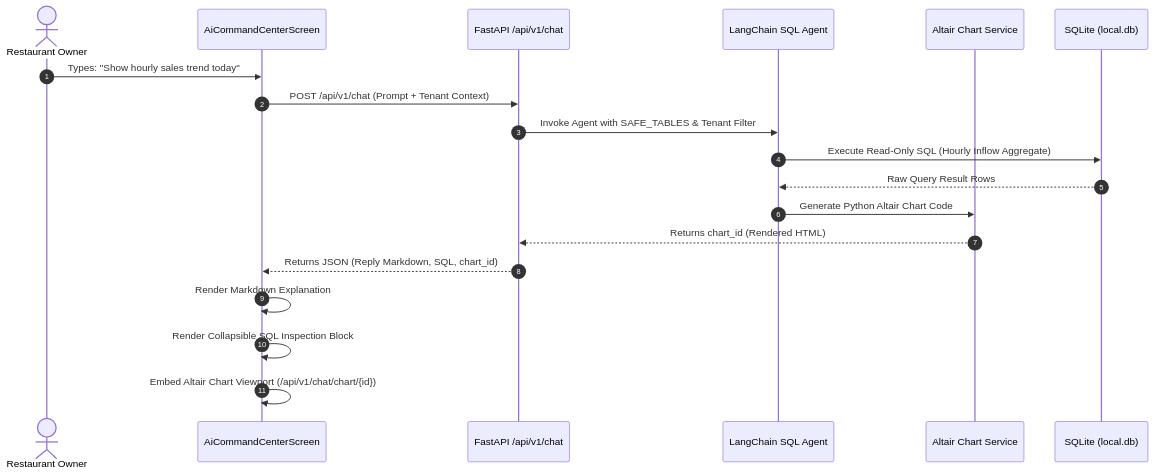
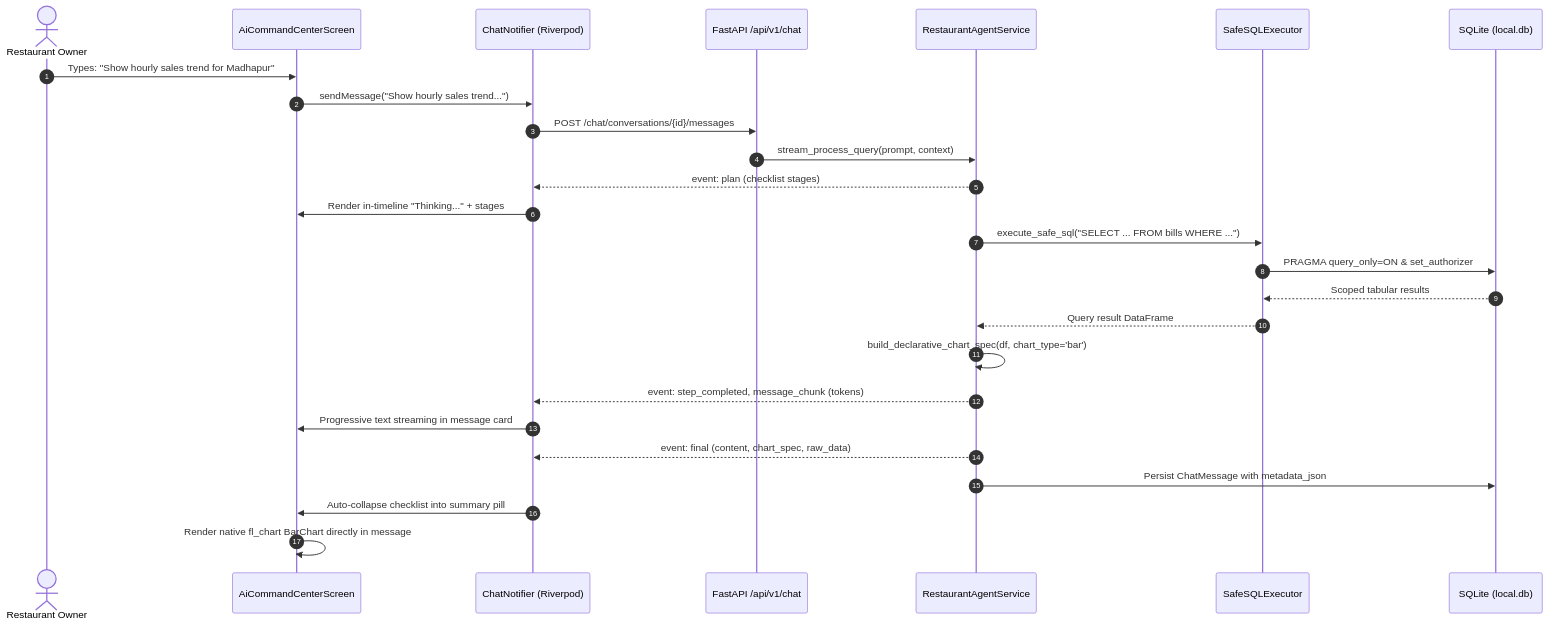
One commit to bottesaketh-dev/restaurant-revenue-tracker-flutter changed diagram 17 of 42 in IOR_360_COMPLETE_DOCUMENTATION.md. Above: the diagram before and after it, drawn with Mermaid. The commit also changed other lines of this file and 34 other files, not shown here.

````diff
--- a/IOR_360_COMPLETE_DOCUMENTATION.md
+++ b/IOR_360_COMPLETE_DOCUMENTATION.md
@@ -1452,22 +1476,29 @@
 ```mermaid
 sequenceDiagram
     autonumber
     actor Owner as Restaurant Owner
     participant UI as AiCommandCenterScreen
+    participant Notifier as ChatNotifier (Riverpod)
     participant ChatAPI as FastAPI /api/v1/chat
-    participant Agent as LangChain SQL Agent
-    participant Chart as Altair Chart Service
+    participant Engine as RestaurantAgentService
+    participant Guard as SafeSQLExecutor
     participant DB as SQLite (local.db)
 
-    Owner->>UI: Types: "Show hourly sales trend today"
-    UI->>ChatAPI: POST /api/v1/chat (Prompt + Tenant Context)
-    ChatAPI->>Agent: Invoke Agent with SAFE_TABLES & Tenant Filter
-    Agent->>DB: Execute Read-Only SQL (Hourly Inflow Aggregate)
-    DB-->>Agent: Raw Query Result Rows
-    Agent->>Chart: Generate Python Altair Chart Code
-    Chart-->>ChatAPI: Returns chart_id (Rendered HTML)
-    ChatAPI-->>UI: Returns JSON (Reply Markdown, SQL, chart_id)
-    UI->>UI: Render Markdown Explanation
-    UI->>UI: Render Collapsible SQL Inspection Block
-    UI->>UI: Embed Altair Chart Viewport (/api/v1/chat/chart/{id})
+    Owner->>UI: Types: "Show hourly sales trend for Madhapur"
+    UI->>Notifier: sendMessage("Show hourly sales trend...")
+    Notifier->>ChatAPI: POST /chat/conversations/{id}/messages
+    ChatAPI->>Engine: stream_process_query(prompt, context)
+    Engine-->>Notifier: event: plan (checklist stages)
+    Notifier->>UI: Render in-timeline "Thinking..." + stages
+    Engine->>Guard: execute_safe_sql("SELECT ... FROM bills WHERE ...")
+    Guard->>DB: PRAGMA query_only=ON & set_authorizer
+    DB-->>Guard: Scoped tabular results
+    Guard-->>Engine: Query result DataFrame
+    Engine->>Engine: build_declarative_chart_spec(df, chart_type='bar')
+    Engine-->>Notifier: event: step_completed, message_chunk (tokens)
+    Notifier->>UI: Progressive text streaming in message card
+    Engine-->>Notifier: event: final (content, chart_spec, raw_data)
+    Engine->>DB: Persist ChatMessage with metadata_json
+    Notifier->>UI: Auto-collapse checklist into summary pill
+    UI->>UI: Render native fl_chart BarChart directly in message
 ```
````
